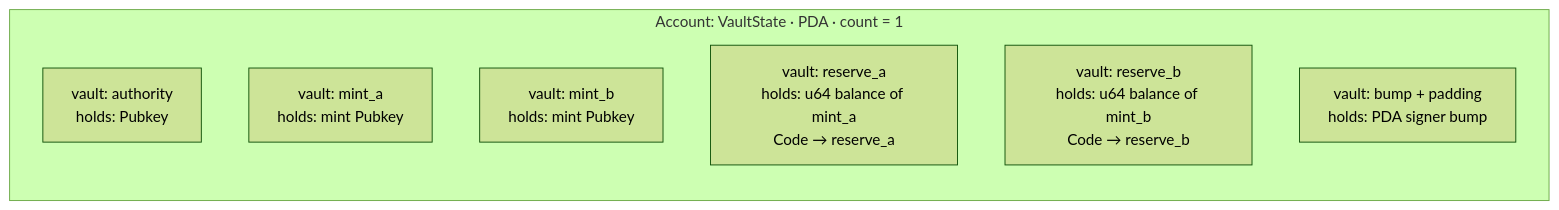
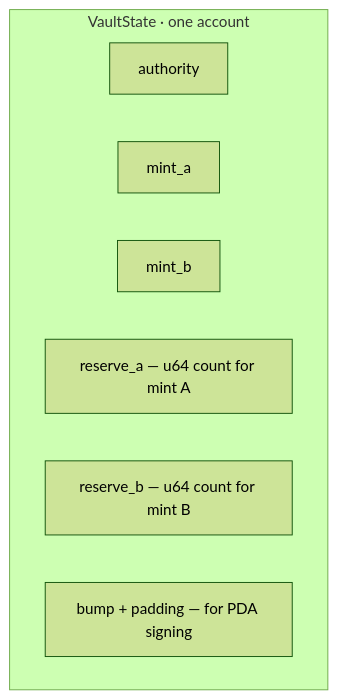
One commit to pprogrammingg/zk-spot-shield changed the fourth of 8 diagrams in docs/accounts-deep-dive.md. Above: the diagram before and after it, drawn with Mermaid (forest theme). The commit also changed other lines of this file and 4 other files, not shown here.

Commit message:
docs: numbered flow + account Q&A - YES

````diff
--- a/docs/accounts-deep-dive.md
+++ b/docs/accounts-deep-dive.md
@@ -87,12 +124,11 @@
 ```mermaid
 flowchart TB
-  subgraph VS["Account: VaultState · PDA · count = 1"]
-    direction TB
-    AUTH["vault: authority<br/>holds: Pubkey"]
-    MA["vault: mint_a<br/>holds: mint Pubkey"]
-    MB["vault: mint_b<br/>holds: mint Pubkey"]
-    RA["vault: reserve_a<br/>holds: u64 balance of mint_a<br/>Code → reserve_a"]
-    RB["vault: reserve_b<br/>holds: u64 balance of mint_b<br/>Code → reserve_b"]
-    BUMP["vault: bump + padding<br/>holds: PDA signer bump"]
+  subgraph VS["VaultState · one account"]
+    AUTH["authority"]
+    MA["mint_a"]
+    MB["mint_b"]
+    RA["reserve_a — u64 count for mint A"]
+    RB["reserve_b — u64 count for mint B"]
+    BUMP["bump + padding — for PDA signing"]
   end
 ```
````
